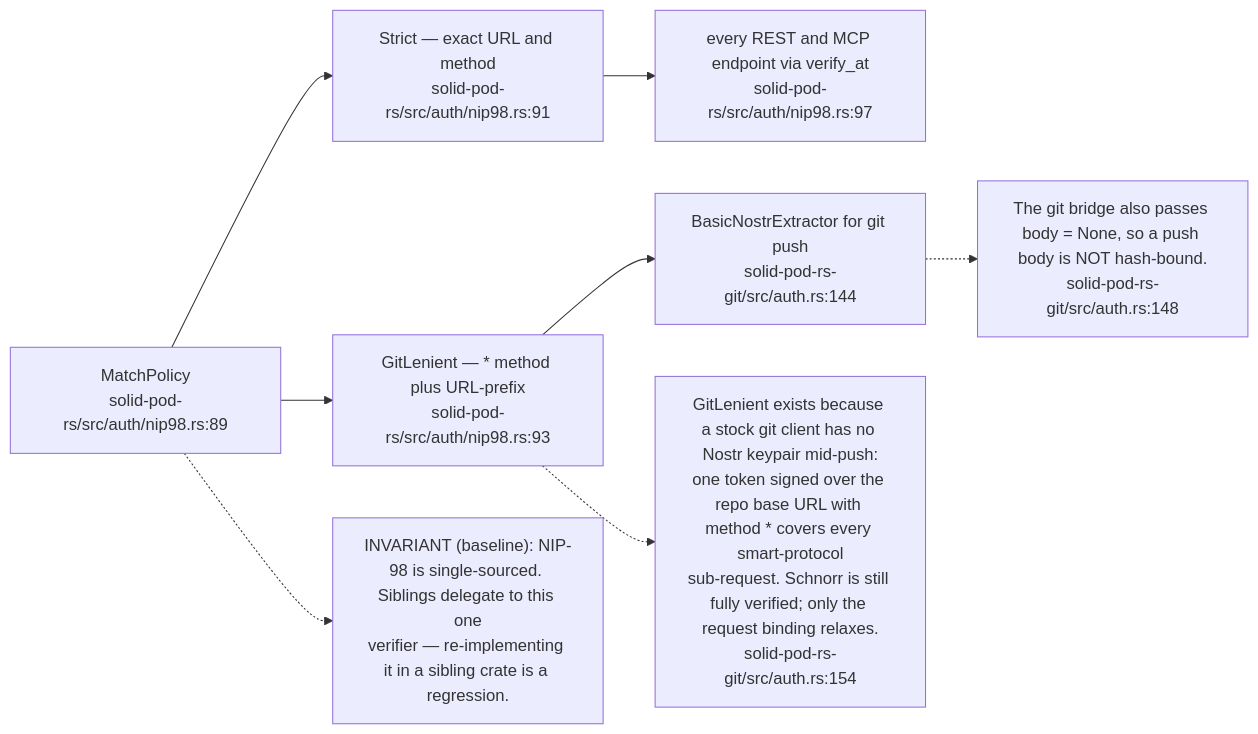
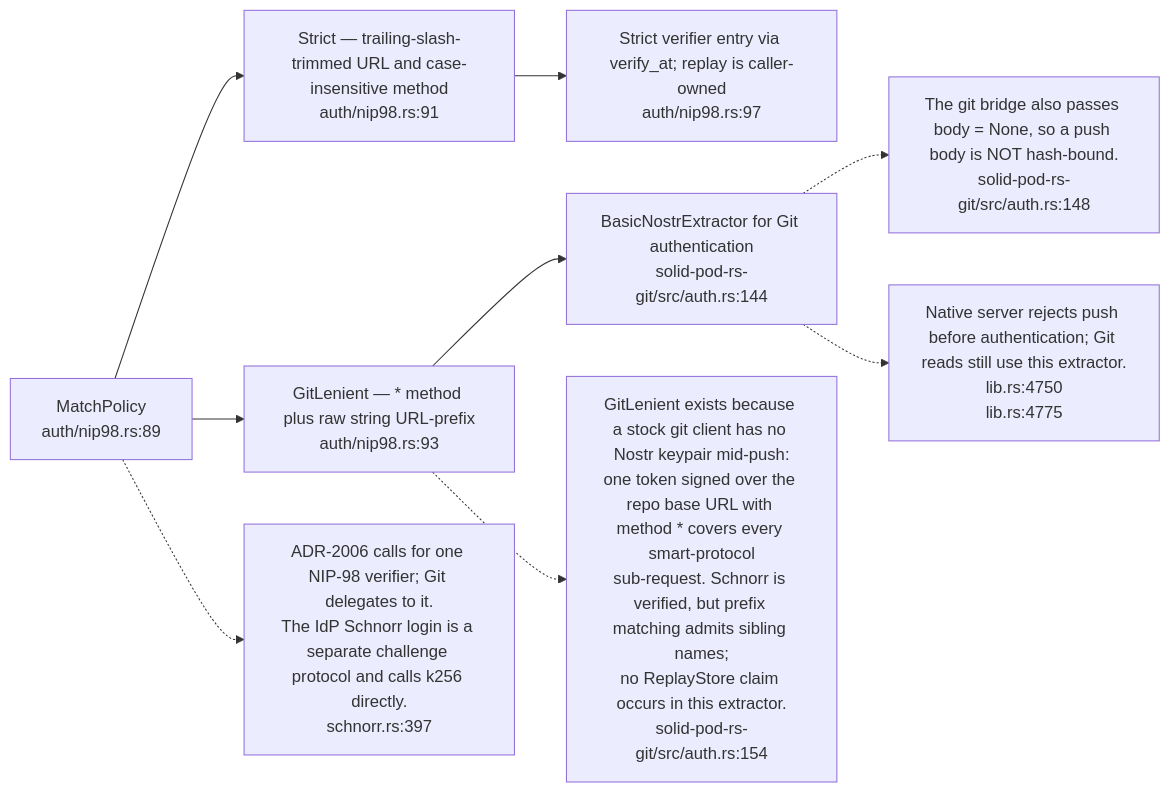
Before and after one commit to DreamLab-AI/VisionFlow: the third of 18 diagrams in docs/diagrams/solid-pod-rs/05-identity-nip98-did-oidc.md, drawn with Mermaid. The commit also changed other lines of this file and 25 other files, not shown here.

Commit message:
docs: audit Solid request binding and replay retention

````diff
--- a/docs/diagrams/solid-pod-rs/05-identity-nip98-did-oidc.md
+++ b/docs/diagrams/solid-pod-rs/05-identity-nip98-did-oidc.md
@@ -112,18 +114,25 @@
 ```mermaid
 flowchart LR
-    MP["MatchPolicy<br/>solid-pod-rs/src/auth/nip98.rs:89"]
-    ST["Strict — exact URL and method<br/>solid-pod-rs/src/auth/nip98.rs:91"]
-    GL["GitLenient — * method plus URL-prefix<br/>solid-pod-rs/src/auth/nip98.rs:93"]
-    REST["every REST and MCP endpoint via verify_at<br/>solid-pod-rs/src/auth/nip98.rs:97"]
-    GIT["BasicNostrExtractor for git push<br/>solid-pod-rs-git/src/auth.rs:144"]
+    MP["MatchPolicy<br/>auth/nip98.rs:89"]
+    ST["Strict — trailing-slash-trimmed URL and case-insensitive method<br/>auth/nip98.rs:91"]
+    GL["GitLenient — * method plus raw string URL-prefix<br/>auth/nip98.rs:93"]
+    REST["Strict verifier entry via verify_at; replay is caller-owned<br/>auth/nip98.rs:97"]
+    GIT["BasicNostrExtractor for Git authentication<br/>solid-pod-rs-git/src/auth.rs:144"]
 
     MP --> ST --> REST
     MP --> GL --> GIT
 
-    N["GitLenient exists because a stock git client has no Nostr keypair mid-push:<br/>one token signed over the repo base URL with method * covers every smart-protocol<br/>sub-request. Schnorr is still fully verified; only the request binding relaxes.<br/>solid-pod-rs-git/src/auth.rs:154"]
+    N["GitLenient exists because a stock git client has no Nostr keypair mid-push:<br/>one token signed over the repo base URL with method * covers every smart-protocol<br/>sub-request. Schnorr is verified, but prefix matching admits sibling names;
+no ReplayStore claim occurs in this extractor.<br/>solid-pod-rs-git/src/auth.rs:154"]
     GL -.-> N
     N2["The git bridge also passes body = None, so a push body is NOT hash-bound.<br/>solid-pod-rs-git/src/auth.rs:148"]
     GIT -.-> N2
-    N3["INVARIANT (baseline): NIP-98 is single-sourced. Siblings delegate to this one<br/>verifier — re-implementing it in a sibling crate is a regression."]
+    N3["ADR-2006 calls for one NIP-98 verifier; Git delegates to it.
+The IdP Schnorr login is a separate challenge protocol and calls k256 directly.
+schnorr.rs:397"]
     MP -.-> N3
+    N4["Native server rejects push before authentication; Git reads still use this extractor.
+lib.rs:4750
+lib.rs:4775"]
+    GIT -.-> N4
 ```
````
